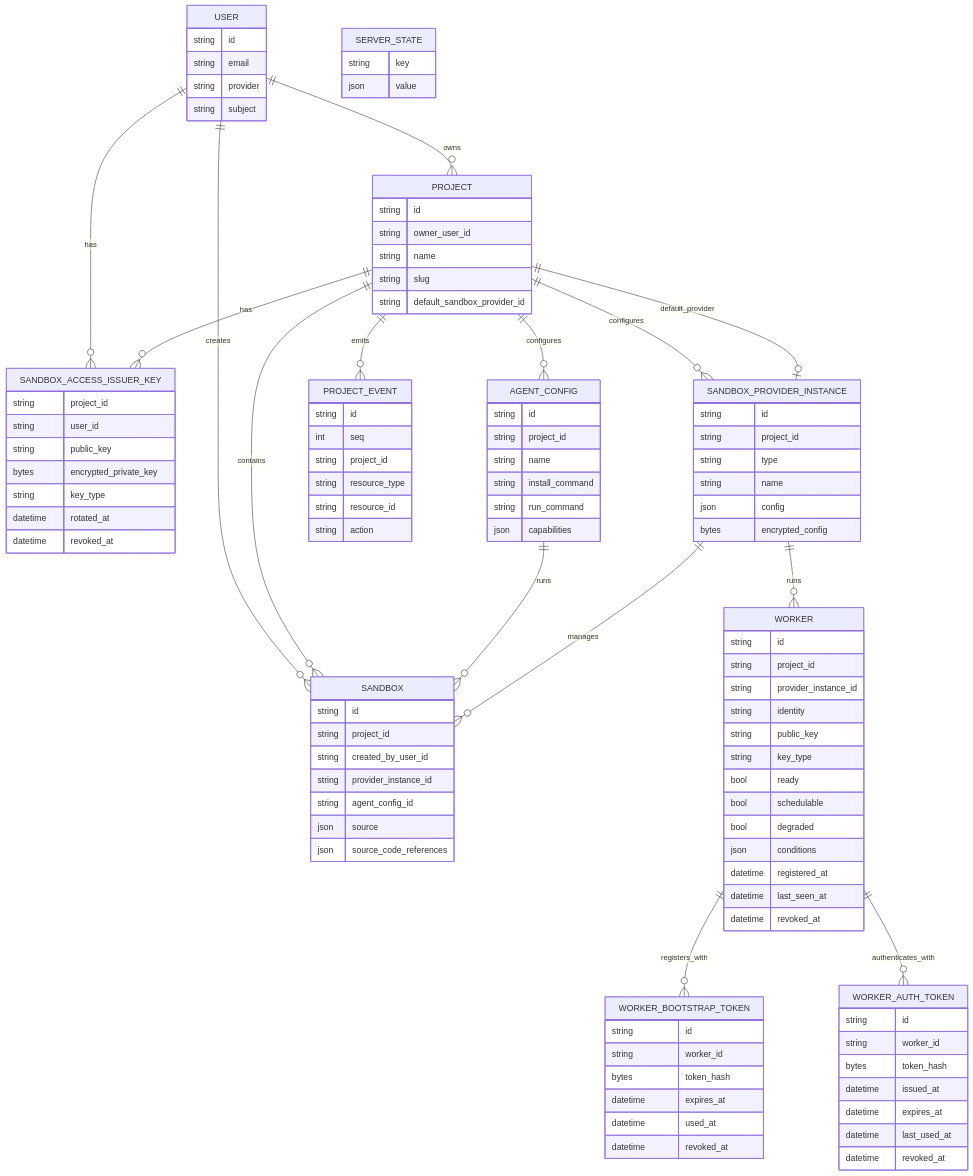
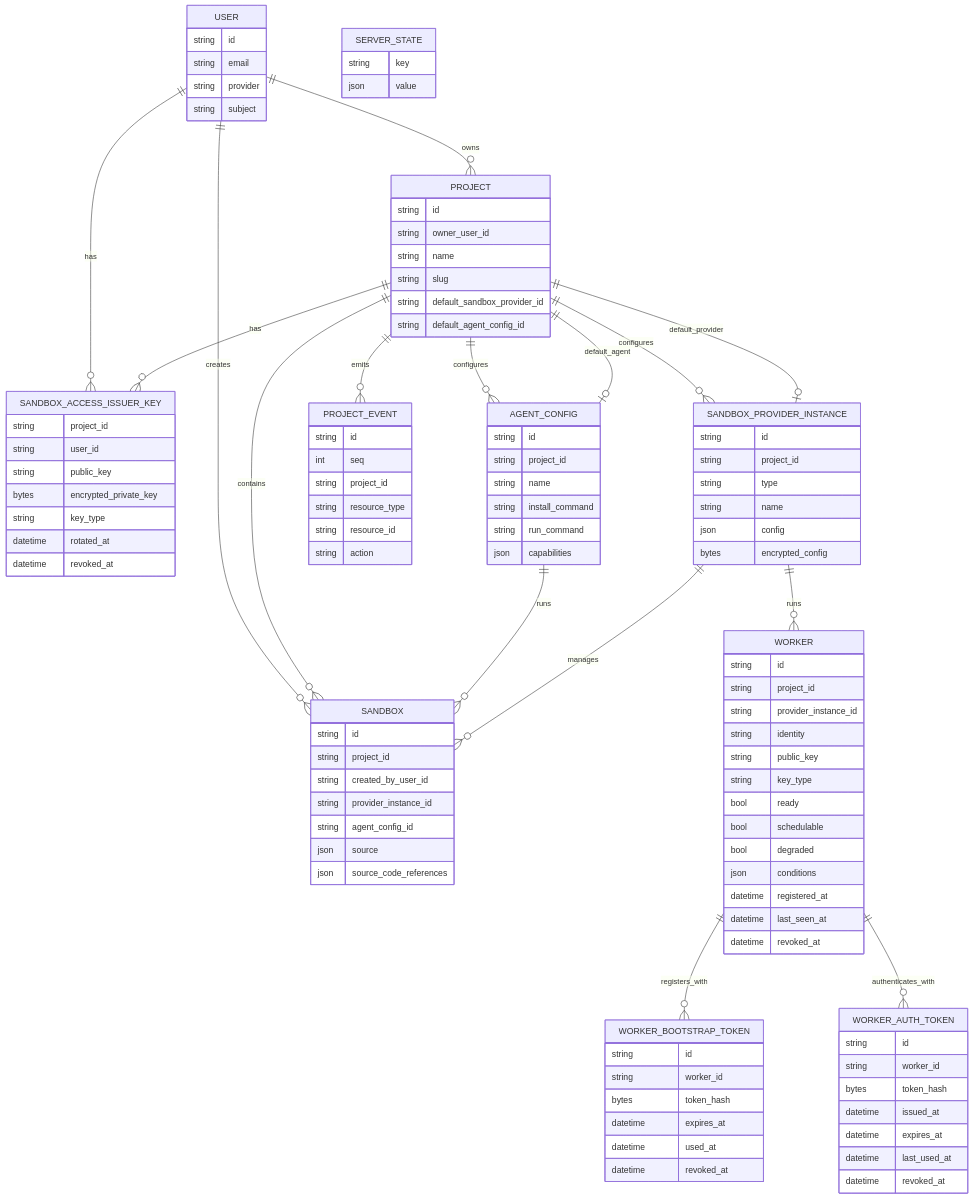
One commit to discobox-ai/discobox changed the diagram in server/internal/model/DESIGN.md. Above: the diagram before and after it, drawn with Mermaid. The commit also changed 35 other files, not shown here.

```diff
--- a/server/internal/model/DESIGN.md
+++ b/server/internal/model/DESIGN.md
@@ -81,6 +81,7 @@
     PROJECT ||--o{ PROJECT_EVENT : emits
     PROJECT ||--o{ SANDBOX_ACCESS_ISSUER_KEY : has
     PROJECT ||--o| SANDBOX_PROVIDER_INSTANCE : default_provider
+    PROJECT ||--o| AGENT_CONFIG : default_agent
 
     AGENT_CONFIG ||--o{ SANDBOX : runs
     SANDBOX_PROVIDER_INSTANCE ||--o{ SANDBOX : manages
@@ -101,6 +102,7 @@
         string name
         string slug
         string default_sandbox_provider_id
+        string default_agent_config_id
     }
 
     SERVER_STATE {
```
